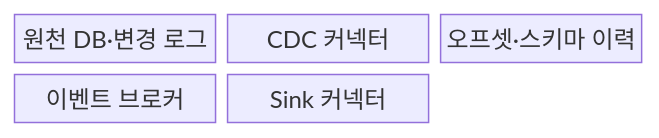
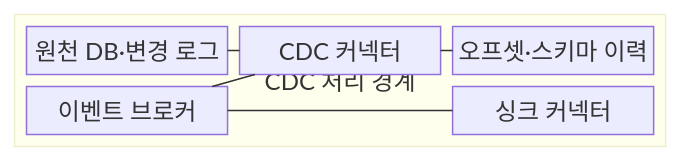
One commit to agnusdei1207/knowledge-base changed the first of 2 diagrams in src/content/docs/notes/03-software/123_change_data_capture.md. Above: the diagram before and after it, drawn with Mermaid. The commit also changed other lines of this file and 20 other files, not shown here.

````diff
--- a/src/content/docs/notes/03-software/123_change_data_capture.md
+++ b/src/content/docs/notes/03-software/123_change_data_capture.md
@@ -59,9 +57,17 @@
 ```mermaid
-block-beta
-  columns 3
-  D["원천 DB·변경 로그"]
-  C["CDC 커넥터"]
-  O["오프셋·스키마 이력"]
-  B["이벤트 브로커"]
-  S["Sink 커넥터"]
+block
+    columns 1
+    block:CDC["CDC 처리 경계"]
+        columns 3
+        D["원천 DB·변경 로그"]
+        C["CDC 커넥터"]
+        O["오프셋·스키마 이력"]
+        B["이벤트 브로커"]
+        space
+        S["싱크 커넥터"]
+    end
+    D --- C
+    C --- O
+    C --- B
+    B --- S
 ```
````
